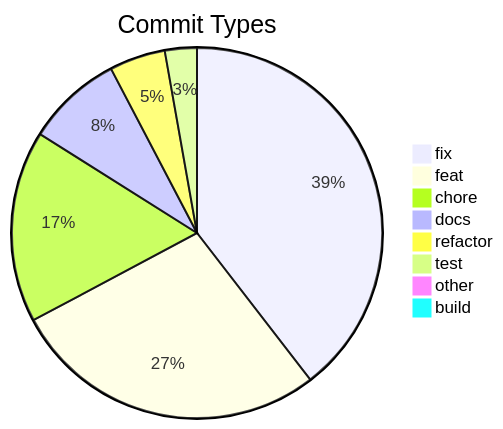
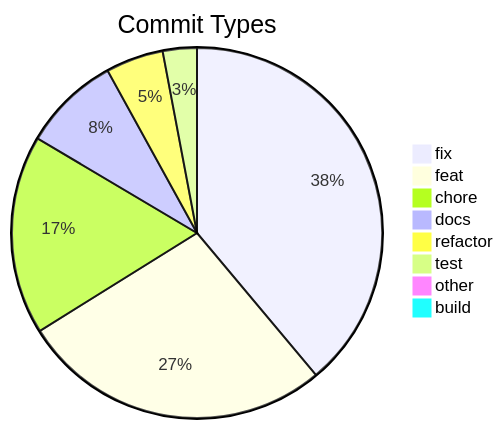
The diagram in .shipwright/compliance/change-history.md (svenroth-ai/shipwright-webui), drawn with Mermaid before and after one commit. The commit also changed other lines of this file and 5 other files, not shown here.

````diff
--- a/.shipwright/compliance/change-history.md
+++ b/.shipwright/compliance/change-history.md
@@ -8,11 +8,11 @@
 ```mermaid
 pie title Commit Types
     "fix" : 170
     "feat" : 119
-    "chore" : 72
-    "docs" : 36
-    "refactor" : 21
-    "test" : 12
+    "chore" : 76
+    "docs" : 37
+    "refactor" : 22
+    "test" : 13
     "other" : 4
     "build" : 1
 ```
````
